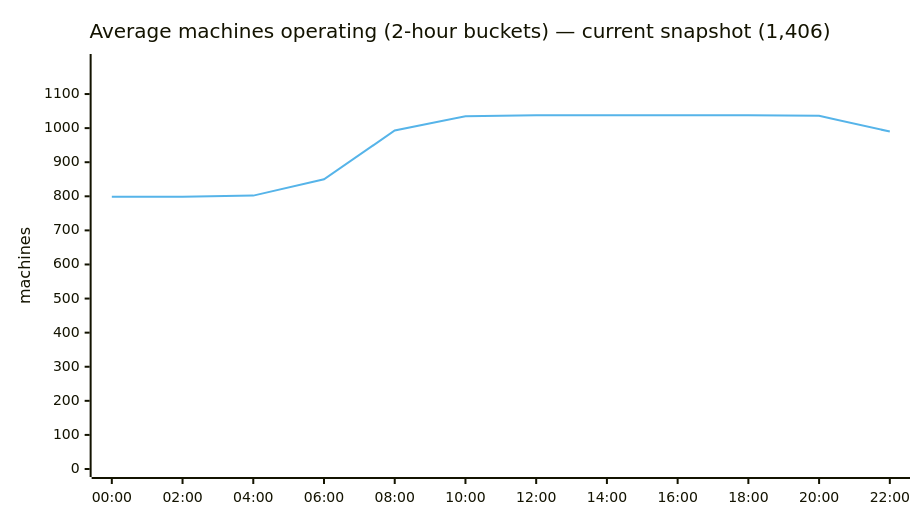
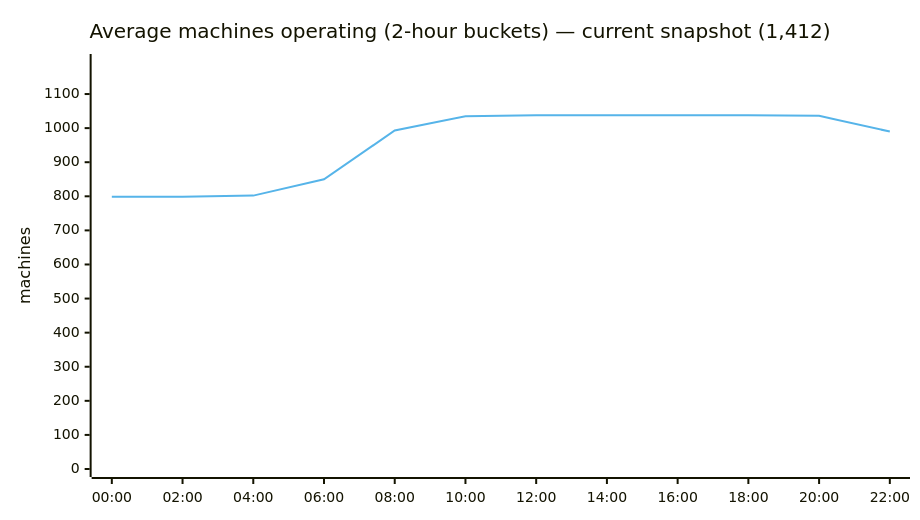
Before and after one commit to cheeaun/returnright-data: the second of 5 diagrams in ANALYSIS.md, drawn with Mermaid. The commit also changed other lines of this file and 4 other files, not shown here.

````diff
--- a/ANALYSIS.md
+++ b/ANALYSIS.md
@@ -64,15 +64,15 @@
 ```mermaid
 ---
 config:
   themeVariables:
     xyChart:
       plotColorPalette: "#56B4E9"
   xyChart:
     width: 900
 ---
 xychart-beta
-    title "Average machines operating (2-hour buckets) — current snapshot (1,406)"
+    title "Average machines operating (2-hour buckets) — current snapshot (1,412)"
     x-axis ["00:00", "02:00", "04:00", "06:00", "08:00", "10:00", "12:00", "14:00", "16:00", "18:00", "20:00", "22:00"]
     y-axis "machines" 0 --> 1194
     line [799, 799, 802, 850, 993, 1035, 1038, 1038, 1038, 1038, 1036, 990]
 ```
````
